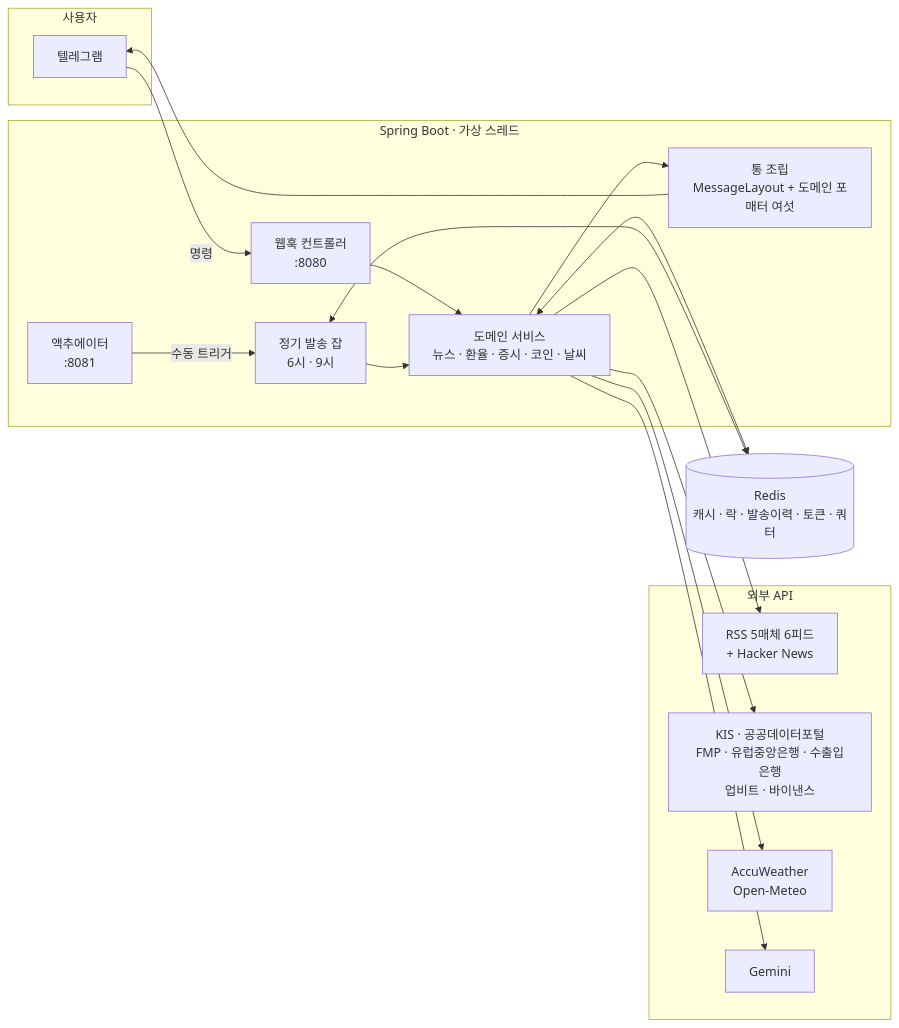
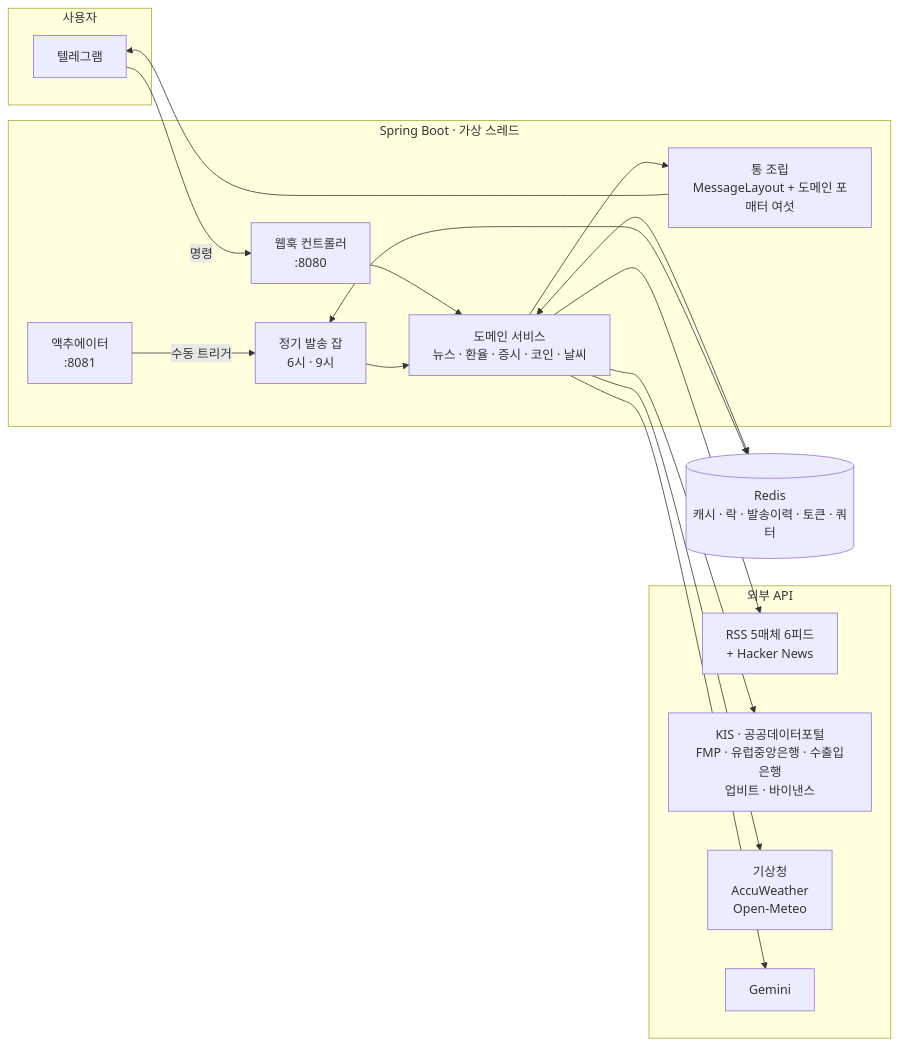
One commit to zero3402/economy-helper changed the first of 4 diagrams in ARCHITECTURE.md. Above: the diagram before and after it, drawn with Mermaid. The commit also changed other lines of this file and 38 other files, not shown here.

````diff
--- a/ARCHITECTURE.md
+++ b/ARCHITECTURE.md
@@ -99,31 +99,31 @@
 ```mermaid
 flowchart LR
     subgraph 사용자
       TG[텔레그램]
     end
 
     subgraph 앱 [Spring Boot · 가상 스레드]
       WH[웹훅 컨트롤러<br/>:8080]
       JOB[정기 발송 잡<br/>6시 · 9시]
       ACT[액추에이터<br/>:8081]
       SVC[도메인 서비스<br/>뉴스 · 환율 · 증시 · 코인 · 날씨]
       FMT[통 조립<br/>MessageLayout + 도메인 포매터 여섯]
     end
 
     R[(Redis<br/>캐시 · 락 · 발송이력 · 토큰 · 쿼터)]
 
     subgraph 밖 [외부 API]
       N[RSS 5매체 6피드<br/>+ Hacker News]
       M[KIS · 공공데이터포털<br/>FMP · 유럽중앙은행 · 수출입은행<br/>업비트 · 바이낸스]
-      W[AccuWeather<br/>Open-Meteo]
+      W[기상청<br/>AccuWeather<br/>Open-Meteo]
       G[Gemini]
     end
 
     TG -->|명령| WH --> SVC
     JOB --> SVC
     ACT -->|수동 트리거| JOB
     SVC --> FMT --> TG
     SVC <--> R
     JOB <--> R
     SVC --> N & M & W & G
 ```
````
